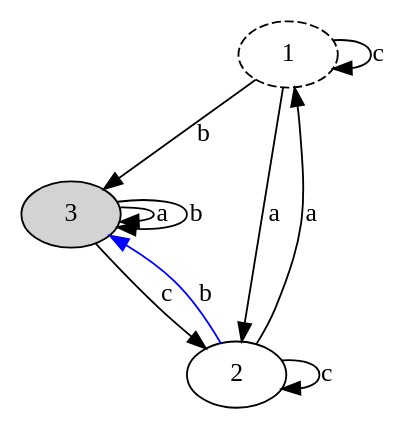
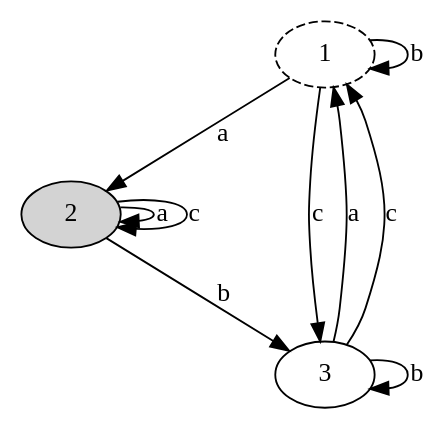
The diagram in graph.dot (Kaiomaru/fs-machine), drawn with Graphviz before and after one commit. The commit also changed 3 other files, not shown here.

```diff
--- a/graph.dot
+++ b/graph.dot
@@ -1,37 +1,31 @@
 digraph "" {
 	1	 [style=dashed];
 	1 -> 1 [key=0,
-	color=black,
-	label=c,
-	weight=c];
-3 [style=filled];
-1 -> 3 [key=0,
-color=black,
-label=b,
-weight=b];
+	label=b,
+	weight=b];
+2 [style=filled];
 1 -> 2 [key=0,
 label=a,
 weight=a];
-3 -> 3 [key=0,
-color=black,
+1 -> 3 [key=0,
+label=c,
+weight=c];
+2 -> 2 [key=0,
 label=a,
 weight=a];
-3 -> 3 [key=1,
+2 -> 2 [key=1,
+label=c,
+weight=c];
+2 -> 3 [key=0,
 label=b,
 weight=b];
-3 -> 2 [key=0,
-color=black,
+3 -> 1 [key=0,
+label=a,
+weight=a];
+3 -> 1 [key=1,
 label=c,
 weight=c];
-2 -> 1 [key=0,
-color=black,
-label=a,
-weight=a];
-2 -> 3 [key=0,
-color=blue,
+3 -> 3 [key=0,
 label=b,
 weight=b];
-2 -> 2 [key=0,
-label=c,
-weight=c];
 }
```
